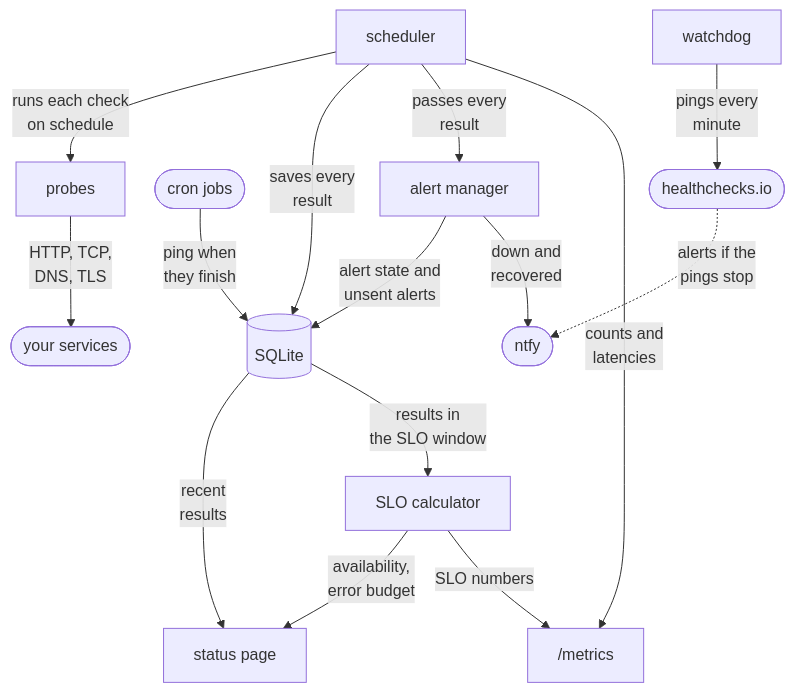
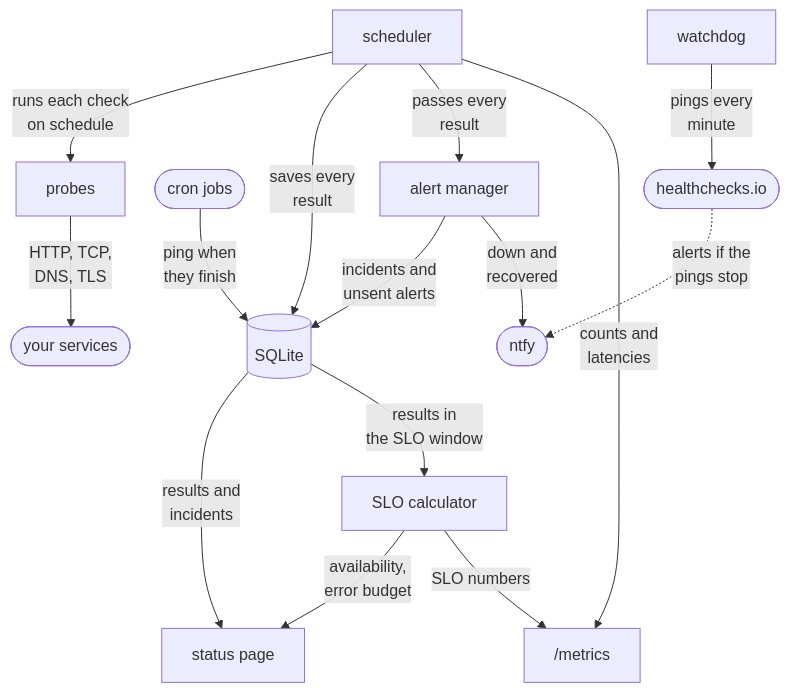
The diagram in README.md (MSJawad/synthetic-monitor), drawn with Mermaid before and after one commit. The commit also changed other lines of this file and 2 other files, not shown here.

First line of the commit message:
Document the status page's history

````diff
--- a/README.md
+++ b/README.md
@@ -14,24 +15,24 @@
 ```mermaid
 ---
 config:
   flowchart:
     useMaxWidth: false
     nodeSpacing: 30
 ---
 flowchart TB
   watchdog["watchdog"]
   scheduler["scheduler"] -- "runs each check<br/>on schedule" --> probes["probes"]
   probes -- "HTTP, TCP,<br/>DNS, TLS" --> targets(["your services"])
   jobs(["cron jobs"]) -- "ping when<br/>they finish" --> db
   scheduler -- "saves every<br/>result" --> db[("SQLite")]
   scheduler -- "passes every<br/>result" --> alerts["alert manager"]
   scheduler -- "counts and<br/>latencies" --> metrics["/metrics"]
-  alerts -- "alert state and<br/>unsent alerts" --> db
+  alerts -- "incidents and<br/>unsent alerts" --> db
   alerts -- "down and<br/>recovered" --> ntfy(["ntfy"])
-  db -- "recent<br/>results" --> web["status page"]
+  db -- "results and<br/>incidents" --> web["status page"]
   db -- "results in<br/>the SLO window" --> slo["SLO calculator"]
   slo -- "availability,<br/>error budget" --> web
   slo -- "SLO numbers" --> metrics
   watchdog -- "pings every<br/>minute" --> hc(["healthchecks.io"])
   hc -. "alerts if the<br/>pings stop" .-> ntfy
 ```
````
